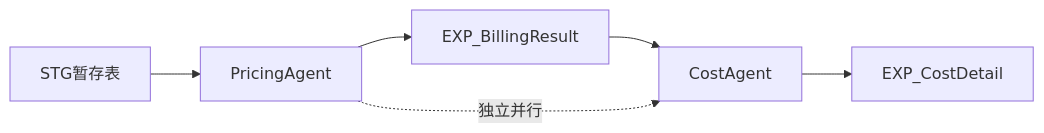
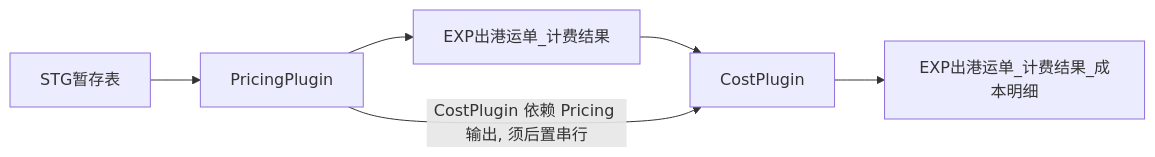
One commit to dunxinjian/STOTOP changed the fifth of 9 diagrams in design/04-express.md. Above: the diagram before and after it, drawn with Mermaid. The commit also changed other lines of this file and 21 other files, not shown here.

````diff
--- a/design/04-express.md
+++ b/design/04-express.md
@@ -490,8 +515,8 @@
 ```mermaid
 flowchart LR
-    STG[STG暂存表] --> PA[PricingAgent]
-    PA --> BR[EXP_BillingResult]
-    BR --> CA[CostAgent]
-    CA --> CD[EXP_CostDetail]
-    PA -.->|独立并行| CA
+    STG[STG暂存表] --> PA[PricingPlugin]
+    PA --> BR[EXP出港运单_计费结果]
+    BR --> CA[CostPlugin]
+    CA --> CD[EXP出港运单_计费结果_成本明细]
+    PA -->|CostPlugin 依赖 Pricing 输出, 须后置串行| CA
 ```
````
